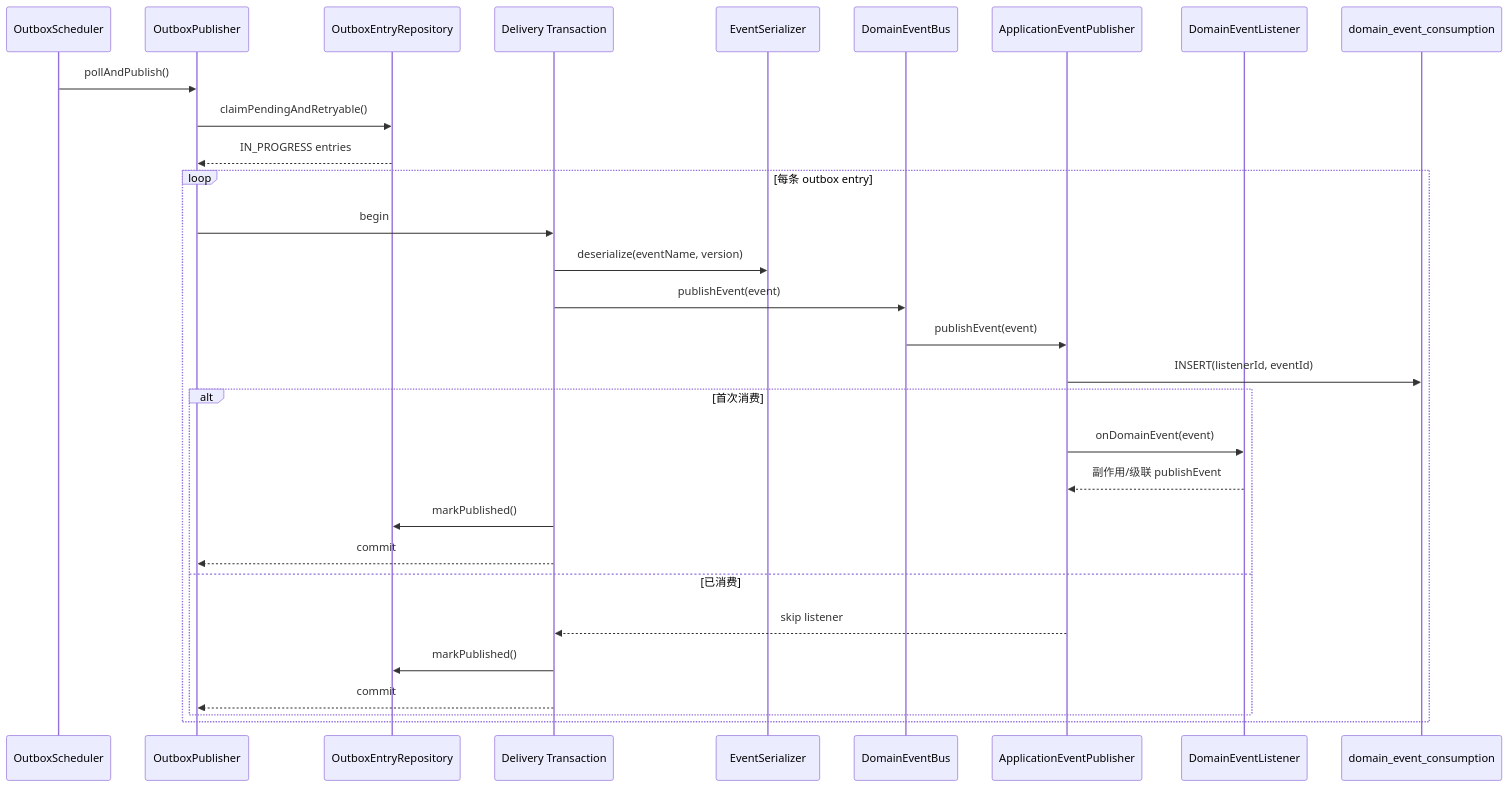
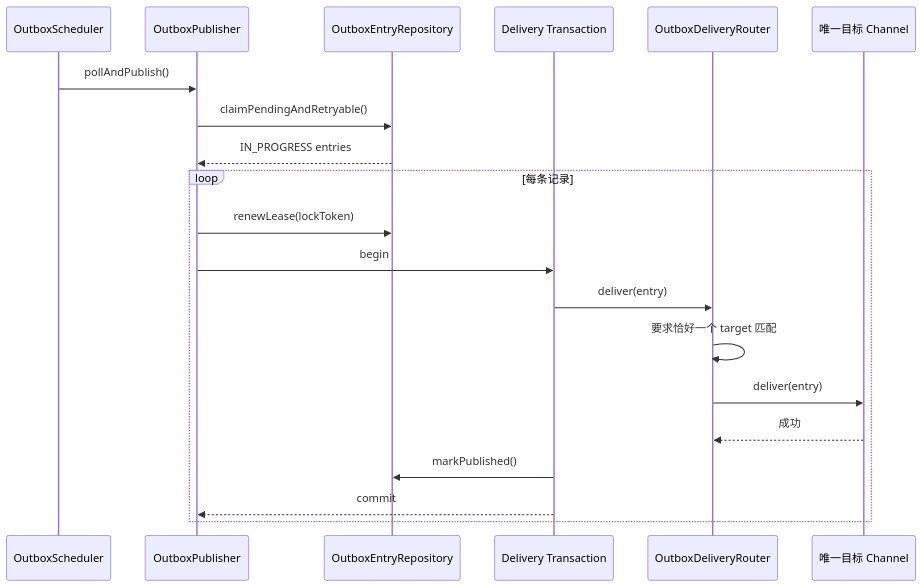
Before and after one commit to ddd-mall/j-store: the second of 3 diagrams in docs/technic/领域事件基础设施架构.md, drawn with Mermaid. The commit also changed other lines of this file and 78 other files, not shown here.

Commit message:
refactor: decouple domain and integration event delivery

````diff
--- a/docs/technic/领域事件基础设施架构.md
+++ b/docs/technic/领域事件基础设施架构.md
@@ -91,34 +91,23 @@
 ```mermaid
 sequenceDiagram
     participant Scheduler as OutboxScheduler
     participant Relay as OutboxPublisher
     participant Repo as OutboxEntryRepository
     participant Tx as Delivery Transaction
-    participant Serializer as EventSerializer
-    participant Bus as DomainEventBus
-    participant Spring as ApplicationEventPublisher
-    participant Listener as DomainEventListener
-    participant Consumption as domain_event_consumption
+    participant Router as OutboxDeliveryRouter
+    participant Channel as 唯一目标 Channel
 
     Scheduler->>Relay: pollAndPublish()
     Relay->>Repo: claimPendingAndRetryable()
     Repo-->>Relay: IN_PROGRESS entries
-
-    loop 每条 outbox entry
+    loop 每条记录
+        Relay->>Repo: renewLease(lockToken)
         Relay->>Tx: begin
-        Tx->>Serializer: deserialize(eventName, version)
-        Tx->>Bus: publishEvent(event)
-        Bus->>Spring: publishEvent(event)
-        Spring->>Consumption: INSERT(listenerId, eventId)
-        alt 首次消费
-            Spring->>Listener: onDomainEvent(event)
-            Listener-->>Spring: 副作用/级联 publishEvent
-            Tx->>Repo: markPublished()
-            Tx-->>Relay: commit
-        else 已消费
-            Spring-->>Tx: skip listener
-            Tx->>Repo: markPublished()
-            Tx-->>Relay: commit
-        end
+        Tx->>Router: deliver(entry)
+        Router->>Router: 要求恰好一个 target 匹配
+        Router->>Channel: deliver(entry)
+        Channel-->>Router: 成功
+        Tx->>Repo: markPublished()
+        Tx-->>Relay: commit
     end
 ```
````
